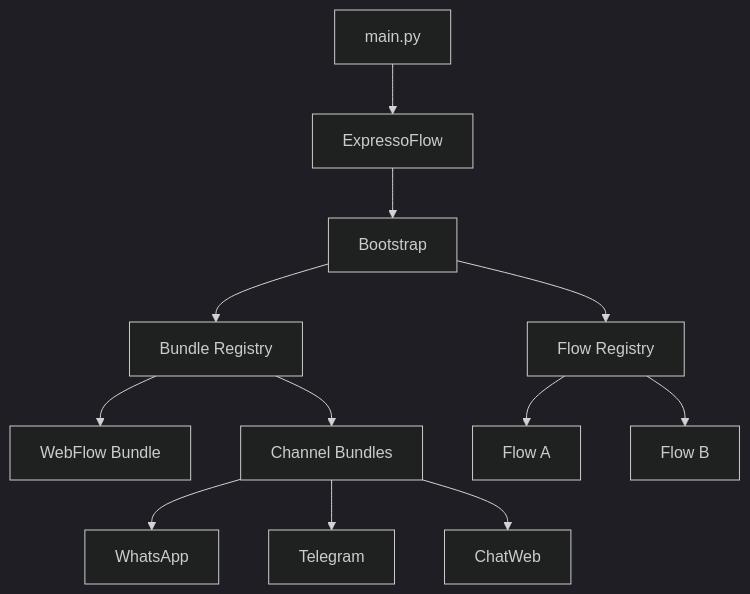
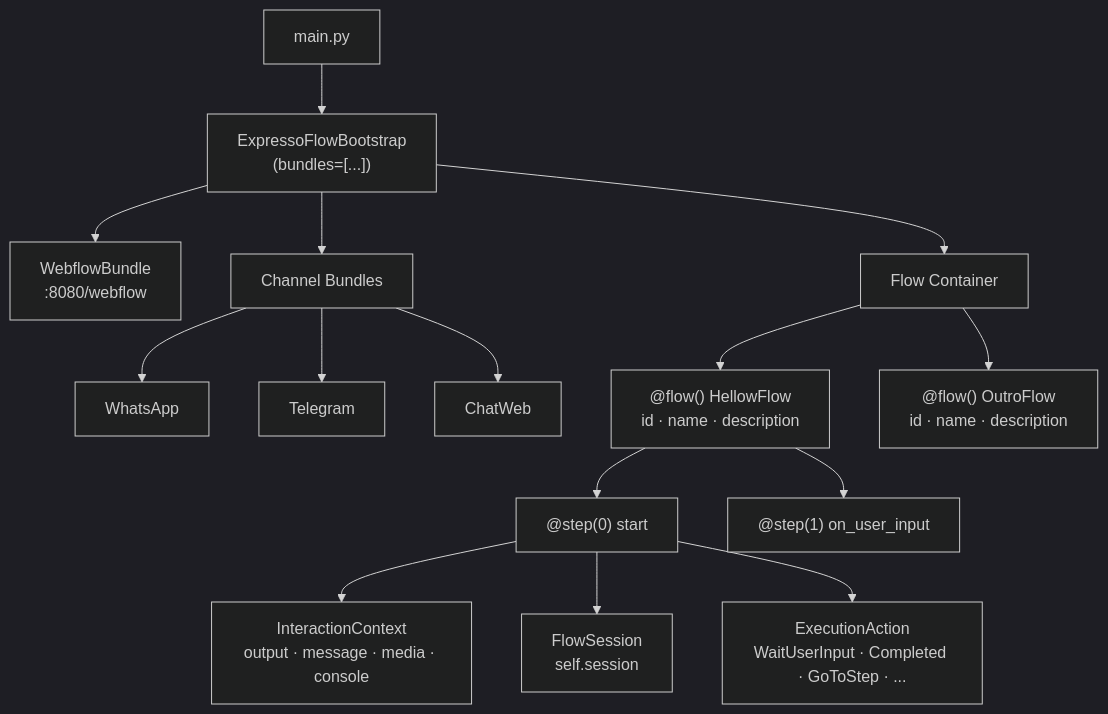
The diagram in docs/core/index.md (goiascode/expresso-flow-doc), drawn with Mermaid (dark theme) before and after one commit. The commit also changed other lines of this file and 15 other files, not shown here.

First line of the commit message:
Refactor documentation for Expresso Flow: update steps, session management, and installation instructions

````diff
--- a/docs/core/index.md
+++ b/docs/core/index.md
@@ -17,14 +17,17 @@
 ```mermaid
 graph TD
-    A[main.py] --> B[ExpressoFlow]
-    B --> C[Bootstrap]
-    C --> D[Bundle Registry]
-    C --> E[Flow Registry]
-    D --> F[WebFlow Bundle]
-    D --> G[Channel Bundles]
-    E --> H[Flow A]
-    E --> I[Flow B]
-    G --> J[WhatsApp]
-    G --> K[Telegram]
-    G --> L[ChatWeb]
+    A["main.py"] --> B["ExpressoFlowBootstrap\n(bundles=[...])"]
+    B --> C["WebflowBundle\n:8080/webflow"]
+    B --> D["Channel Bundles"]
+    B --> E["Flow Container"]
+    D --> F["WhatsApp"]
+    D --> G["Telegram"]
+    D --> H["ChatWeb"]
+    E --> I["@flow() HellowFlow\nid · name · description"]
+    E --> J["@flow() OutroFlow\nid · name · description"]
+    I --> K["@step(0) start"]
+    I --> L["@step(1) on_user_input"]
+    K --> M["InteractionContext\noutput · message · media · console"]
+    K --> N["FlowSession\nself.session"]
+    K --> O["ExecutionAction\nWaitUserInput · Completed · GoToStep · ..."]
 ```
````
